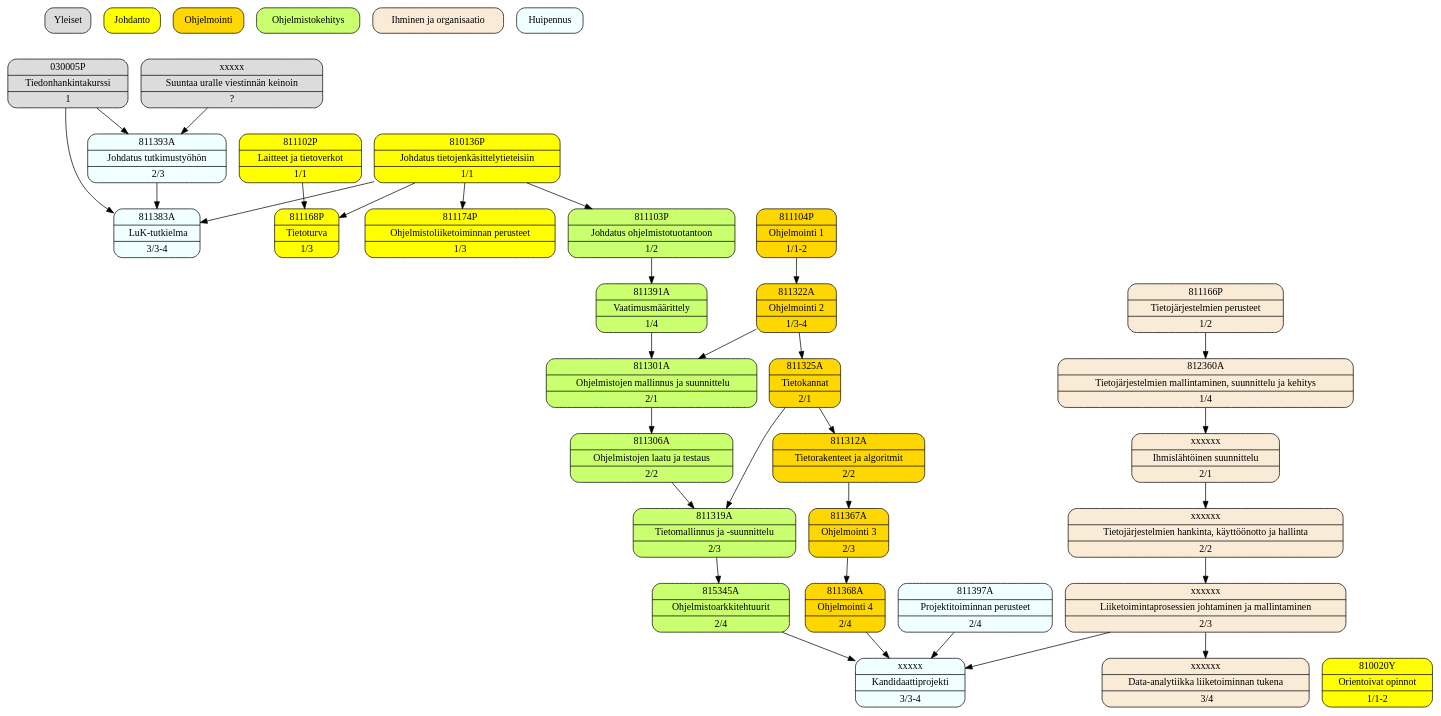
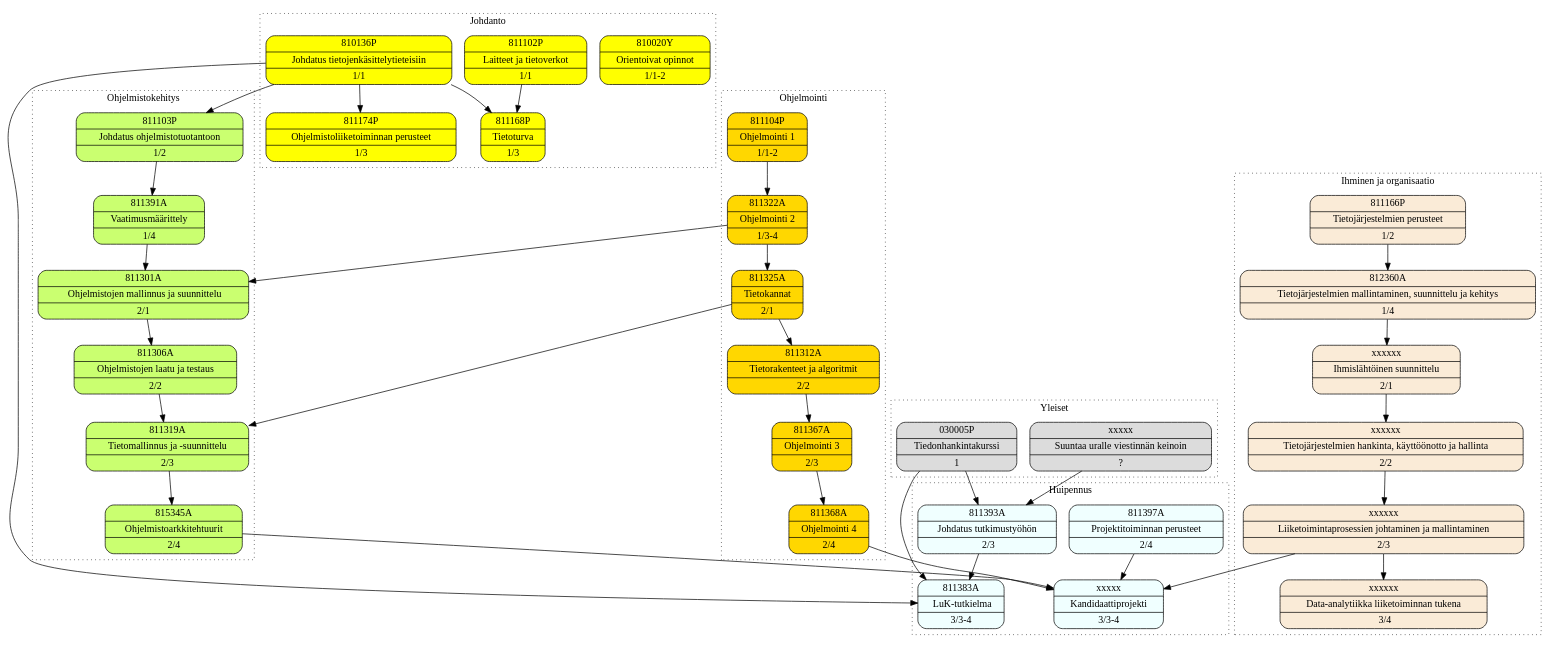
Before and after one commit to anttijuu/tol-courses-graph: the diagram in LuK-courses.dot, drawn with Graphviz. The commit also changed 1 other file, not shown here.

Commit message:
Clustered the modules to group courses together. Removed unnecessary Legend.

```diff
--- a/LuK-courses.dot
+++ b/LuK-courses.dot
@@ -1,105 +1,104 @@
 digraph TOLLuK {
    node [shape=record, style="rounded,filled"]
    
-   subgraph Yleiset {
+   subgraph cluster_Yleiset {
+      graph[style=dotted]
+      label="Yleiset"
       node [fillcolor=gainsboro]
       c030005P [label="{ 030005P | Tiedonhankintakurssi | 1 }"]
       c0006 [label="{ xxxxx | Suuntaa uralle viestinnän keinoin | ? }"]
    }
    
-   subgraph Johdanto {
+   subgraph cluster_Johdanto {
+      graph[style=dotted]
+      label="Johdanto"
       node [fillcolor=yellow]
       c810020Y [label="{ 810020Y | Orientoivat opinnot | 1/1-2 }"]
       c810136P [label="{ 810136P | Johdatus tietojenkäsittelytieteisiin | 1/1 }"]
       c811168P [label="{ 811168P | Tietoturva | 1/3 }"]
       c811174P [label="{ 811174P | Ohjelmistoliiketoiminnan perusteet | 1/3 }"]
       c811102P [label="{ 811102P | Laitteet ja tietoverkot | 1/1 }"]
 
       c810136P -> c811168P
       c811102P -> c811168P
       c810136P -> c811174P
    }
    
-   subgraph Ohjelmointi {
+   subgraph cluster_Ohjelmointi {
+      graph[style=dotted]
+      label="Ohjelmointi"
       node [fillcolor=gold1]
       c811104P [label="{ 811104P | Ohjelmointi 1 | 1/1-2 }"]
       c811322A [label="{ 811322A | Ohjelmointi 2 | 1/3-4 }"]
       c811325A [label="{ 811325A | Tietokannat | 2/1 }"]
       c811312A [label="{ 811312A | Tietorakenteet ja algoritmit | 2/2 }"]
       c811367A [label="{ 811367A | Ohjelmointi 3 | 2/3 }"]
       c811368A [label="{ 811368A | Ohjelmointi 4 | 2/4 }"]
       
       c811104P -> c811322A
       c811312A -> c811367A
       c811367A -> c811368A
       c811325A -> c811312A
       c811322A -> c811325A
    }
    
-   subgraph Ohjelmistokehitys {
+   subgraph cluster_Ohjelmistokehitys {
+      graph[style=dotted]
+      label="Ohjelmistokehitys"
       node [fillcolor=darkolivegreen1]
       c811103P [label="{ 811103P | Johdatus ohjelmistotuotantoon | 1/2 }"]
       c811391A [label="{ 811391A | Vaatimusmäärittely | 1/4 }"]
       c811301A [label="{ 811301A | Ohjelmistojen mallinnus ja suunnittelu | 2/1 }"]
       c811306A [label="{ 811306A | Ohjelmistojen laatu ja testaus | 2/2 }"]
       c811319A [label="{ 811319A | Tietomallinnus ja -suunnittelu | 2/3 }"]
       c815345A [label="{ 815345A | Ohjelmistoarkkitehtuurit | 2/4 }"]
       
       c810136P -> c811103P
       c811103P -> c811391A
       c811391A -> c811301A
       c811322A -> c811301A
       c811301A -> c811306A
       c811306A -> c811319A
       c811325A -> c811319A
       c811319A -> c815345A
    }
    
-   subgraph IhminenOrganisaatio {
+   subgraph cluster_IhminenOrganisaatio {
+      graph[style=dotted]
+      label="Ihminen ja organisaatio"
       node [fillcolor=antiquewhite]
       c811166P [label="{ 811166P | Tietojärjestelmien perusteet | 1/2 }"]
       c812360A [label="{ 812360A | Tietojärjestelmien mallintaminen, suunnittelu ja kehitys | 1/4 }"]
       c0001 [label="{ xxxxxx | Ihmislähtöinen suunnittelu | 2/1 }"]
       c0002 [label="{ xxxxxx | Tietojärjestelmien hankinta, käyttöönotto ja hallinta | 2/2 }"]
       c0003 [label="{ xxxxxx | Liiketoimintaprosessien johtaminen ja mallintaminen | 2/3 }"]
       c0004 [label="{ xxxxxx | Data-analytiikka liiketoiminnan tukena | 3/4 }"]      
 
       c811166P -> c812360A
       c812360A -> c0001
       c0001 -> c0002
       c0002 -> c0003
       c0003 -> c0004
    }
    
-   subgraph Huipennus {
+   subgraph cluster_Huipennus {
+      graph[style=dotted]
+      label="Huipennus"
       node [fillcolor=azure]
       c811397A [label="{ 811397A | Projektitoiminnan perusteet | 2/4 }"]
       c0005 [label="{ xxxxx | Kandidaattiprojekti | 3/3-4 }"]
       c811393A [label="{ 811393A | Johdatus tutkimustyöhön | 2/3 }"]
       c811383A [label="{ 811383A | LuK-tutkielma | 3/3-4 }"]
    
       c030005P -> c811393A
       c0006 -> c811393A
       c811393A -> c811383A
       c030005P -> c811383A
       c810136P -> c811383A
       c811397A -> c0005
       c815345A -> c0005
       c811368A -> c0005
       c0003 -> c0005
    }
    
-   subgraph Legend {
-      node [shape=box]
-      rankdir=TB
-      label="Legend"
-      style=filled
-      rank=source
-      yleiset [fillcolor=gainsboro, label="Yleiset"]
-      johdanto [fillcolor=yellow, label="Johdanto"]
-      ohjelmointi [fillcolor=gold1, label="Ohjelmointi"]
-      kehitys [fillcolor=darkolivegreen1, label="Ohjelmistokehitys"]
-      ihminen [fillcolor=antiquewhite, label="Ihminen ja organisaatio"]
-      huipennus [fillcolor=azure, label="Huipennus"]
-   }
 }
```
